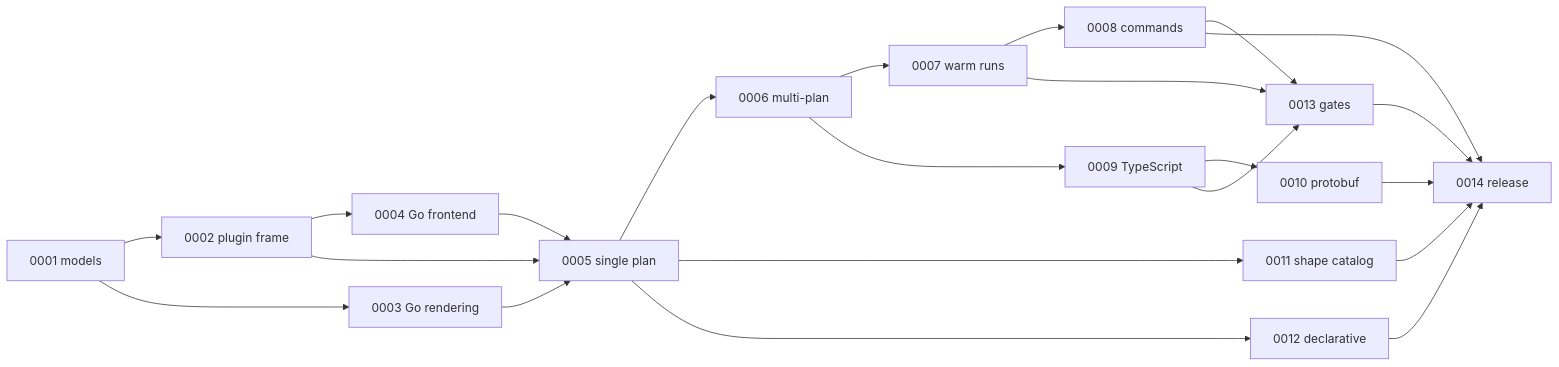
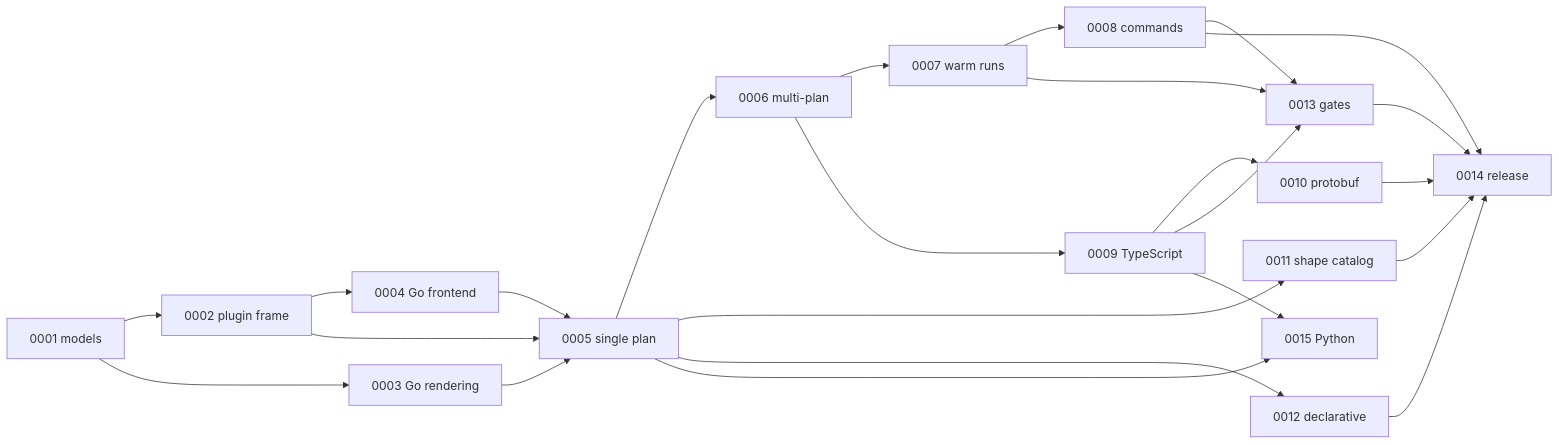
One commit to dokimasia/eidos changed the diagram in docs/roadmap/README.md. Above: the diagram before and after it, drawn with Mermaid. The commit also changed other lines of this file and 5 other files, not shown here.

First line of the commit message:
docs: close roadmap milestone 0013 and add milestone 0015

````diff
--- a/docs/roadmap/README.md
+++ b/docs/roadmap/README.md
@@ -16,24 +16,26 @@
 ```mermaid
 flowchart LR
     M1[0001 models] --> M2[0002 plugin frame]
     M1 --> M3[0003 Go rendering]
     M2 --> M4[0004 Go frontend]
     M2 --> M5[0005 single plan]
     M3 --> M5
     M4 --> M5
     M5 --> M6[0006 multi-plan]
     M6 --> M7[0007 warm runs]
     M7 --> M8[0008 commands]
     M6 --> M9[0009 TypeScript]
     M9 --> M10[0010 protobuf]
     M5 --> M11[0011 shape catalog]
     M5 --> M12[0012 declarative]
     M7 --> M13[0013 gates]
     M8 --> M13
     M9 --> M13
     M8 --> M14[0014 release]
     M10 --> M14
     M11 --> M14
     M12 --> M14
     M13 --> M14
+    M5 --> M15[0015 Python]
+    M9 --> M15
 ```
````
